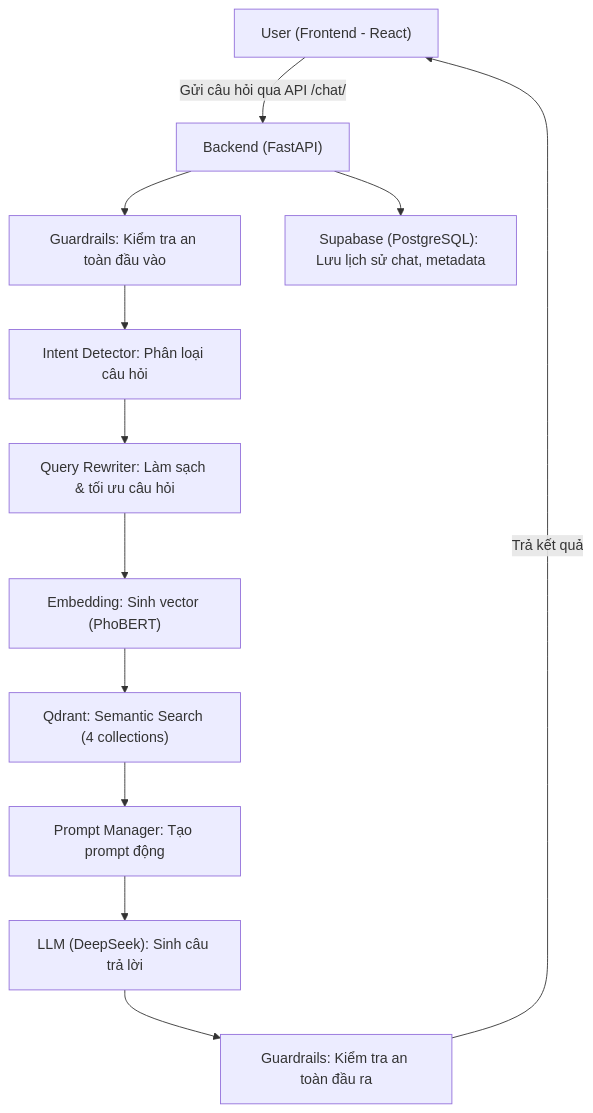
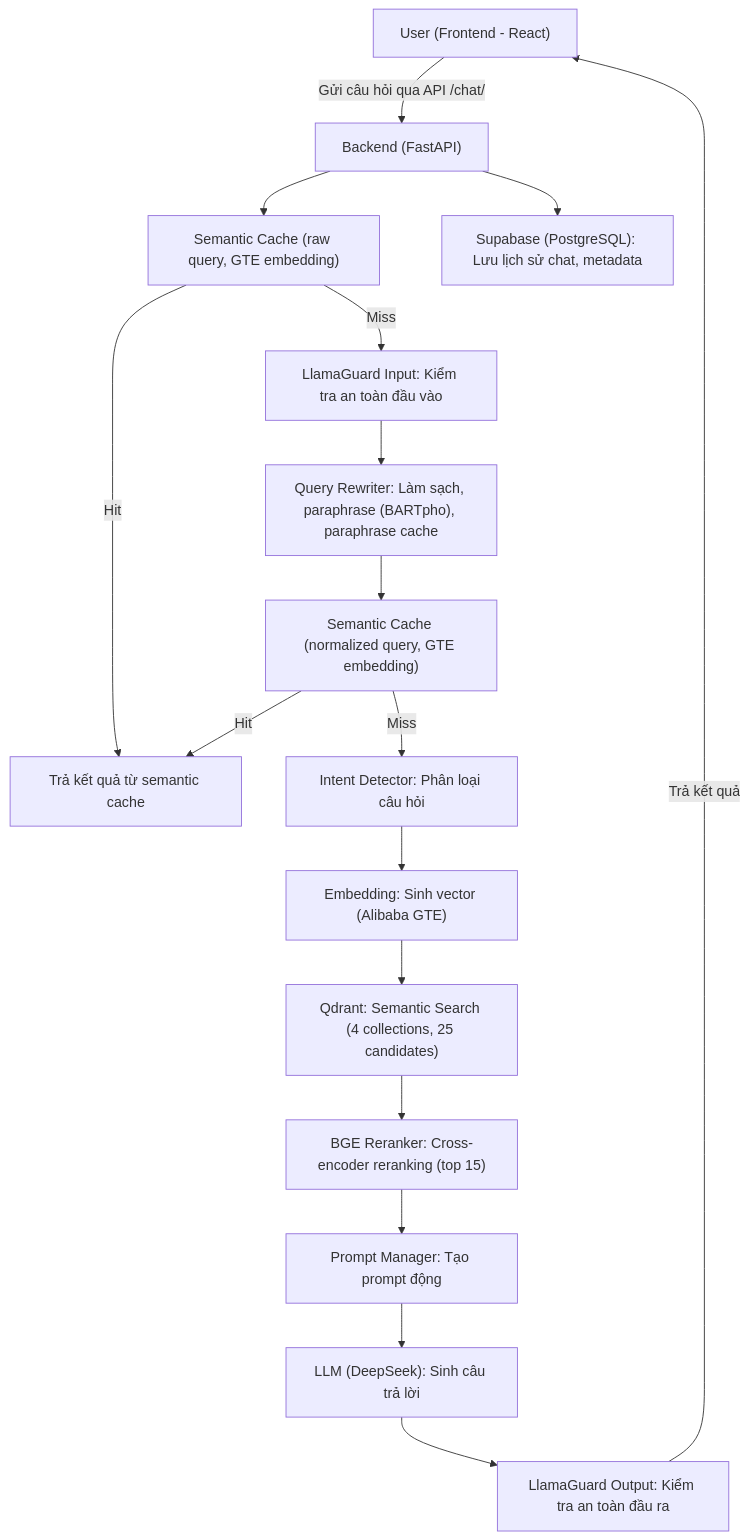
One commit to tuananhne1110/Cutru_chatbot changed the first of 2 diagrams in docs/Workflow.md. Above: the diagram before and after it, drawn with Mermaid. The commit also changed other lines of this file and 6 other files, not shown here.

````diff
--- a/docs/Workflow.md
+++ b/docs/Workflow.md
@@ -5,14 +5,19 @@
 ```mermaid
 graph TD;
   A["User (Frontend - React)"] -->|"Gửi câu hỏi qua API /chat/"| B["Backend (FastAPI)"]
-  B --> C1["Guardrails: Kiểm tra an toàn đầu vào"]
-  C1 --> C2["Intent Detector: Phân loại câu hỏi"]
-  C2 --> C3["Query Rewriter: Làm sạch & tối ưu câu hỏi"]
-  C3 --> C4["Embedding: Sinh vector (PhoBERT)"]
-  C4 --> C5["Qdrant: Semantic Search (4 collections)"]
-  C5 --> C6["Prompt Manager: Tạo prompt động"]
-  C6 --> C7["LLM (DeepSeek): Sinh câu trả lời"]
-  C7 --> C8["Guardrails: Kiểm tra an toàn đầu ra"]
-  C8 -->|"Trả kết quả"| A
+  B --> C0["Semantic Cache (raw query, GTE embedding)"]
+  C0 -- "Hit" --> Z["Trả kết quả từ semantic cache"]
+  C0 -- "Miss" --> C1["LlamaGuard Input: Kiểm tra an toàn đầu vào"]
+  C1 --> C2["Query Rewriter: Làm sạch, paraphrase (BARTpho), paraphrase cache"]
+  C2 --> C3["Semantic Cache (normalized query, GTE embedding)"]
+  C3 -- "Hit" --> Z
+  C3 -- "Miss" --> C4["Intent Detector: Phân loại câu hỏi"]
+  C4 --> C5["Embedding: Sinh vector (Alibaba GTE)"]
+  C5 --> C6["Qdrant: Semantic Search (4 collections, 25 candidates)"]
+  C6 --> C7["BGE Reranker: Cross-encoder reranking (top 15)"]
+  C7 --> C8["Prompt Manager: Tạo prompt động"]
+  C8 --> C9["LLM (DeepSeek): Sinh câu trả lời"]
+  C9 --> C10["LlamaGuard Output: Kiểm tra an toàn đầu ra"]
+  C10 -->|"Trả kết quả"| A
   B --> D["Supabase (PostgreSQL): Lưu lịch sử chat, metadata"]
 ```
````
